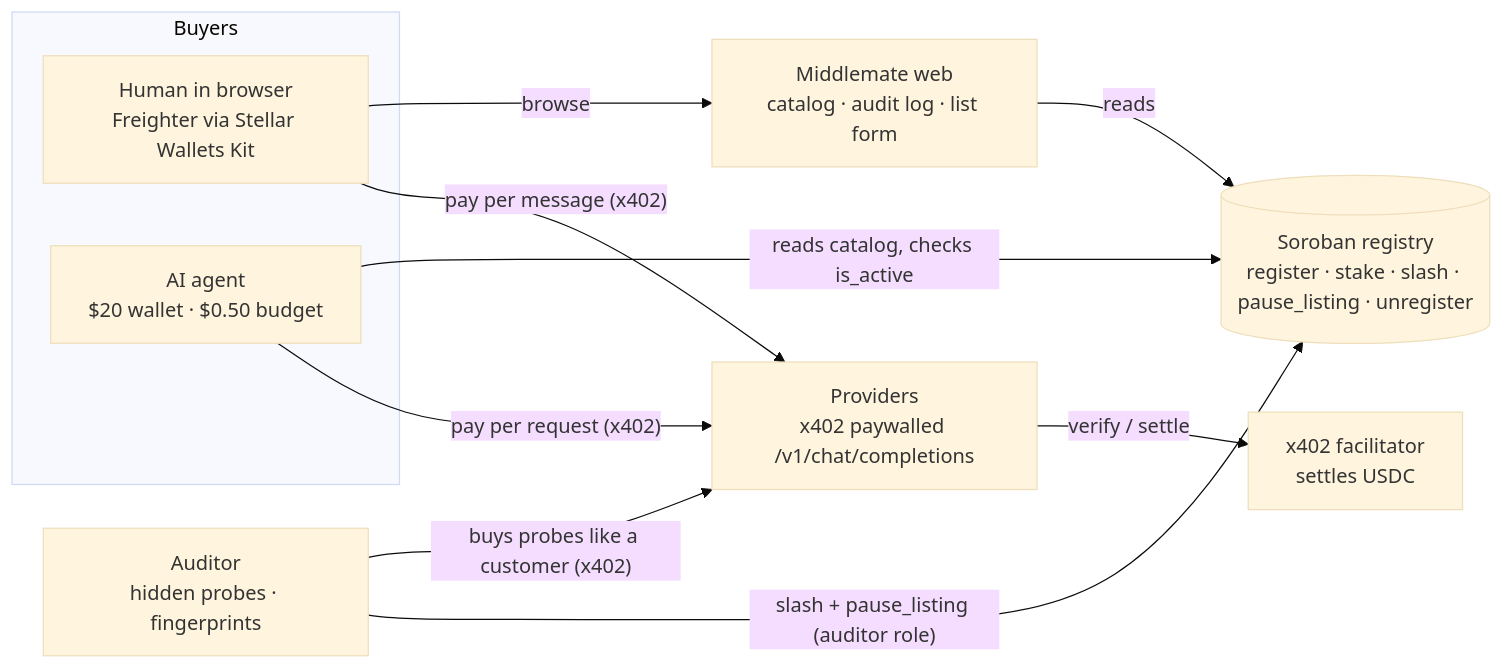
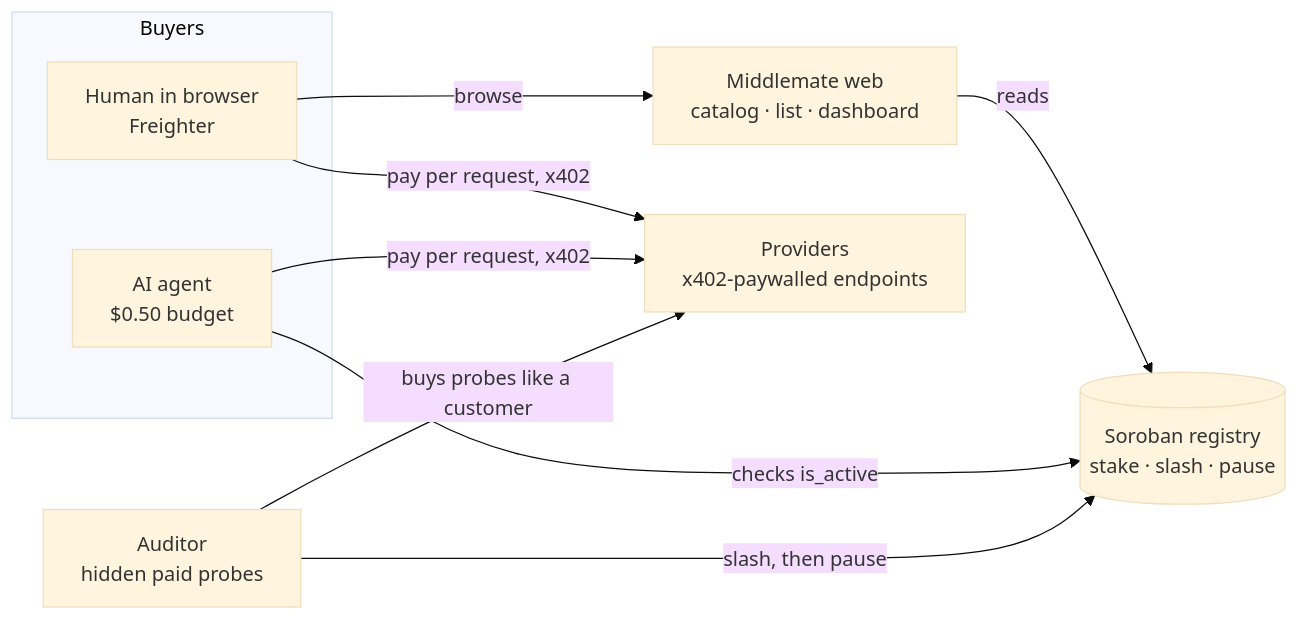
Before and after one commit to curtismoncoq/Middlemate: the diagram in README.md, drawn with Mermaid (base theme). The commit also changed other lines of this file and 2 other files, not shown here.

First line of the commit message:
docs(readme): rewrite for the hackathon judges; add the Middlemate logo

````diff
--- a/README.md
+++ b/README.md
@@ -13,20 +31,18 @@
 ```mermaid
 flowchart LR
   subgraph Buyers
-    H[Human in browser<br/>Freighter via Stellar Wallets Kit]
-    A[AI agent<br/>$20 wallet · $0.50 budget]
+    H[Human in browser<br/>Freighter]
+    A[AI agent<br/>$0.50 budget]
   end
-  W[Middlemate web<br/>catalog · audit log · list form]
-  R[(Soroban registry<br/>register · stake · slash · pause_listing · unregister)]
-  P[Providers<br/>x402 paywalled /v1/chat/completions]
-  AU[Auditor<br/>hidden probes · fingerprints]
-  F[x402 facilitator<br/>settles USDC]
+  W[Middlemate web<br/>catalog · list · dashboard]
+  R[(Soroban registry<br/>stake · slash · pause)]
+  P[Providers<br/>x402-paywalled endpoints]
+  AU[Auditor<br/>hidden paid probes]
   H -- browse --> W
   W -- reads --> R
-  H -- pay per message (x402) --> P
-  A -- reads catalog, checks is_active --> R
-  A -- pay per request (x402) --> P
-  AU -- buys probes like a customer (x402) --> P
-  AU -- slash + pause_listing (auditor role) --> R
-  P -- verify / settle --> F
+  H -- pay per request, x402 --> P
+  A -- checks is_active --> R
+  A -- pay per request, x402 --> P
+  AU -- buys probes like a customer --> P
+  AU -- slash, then pause --> R
 ```
````
